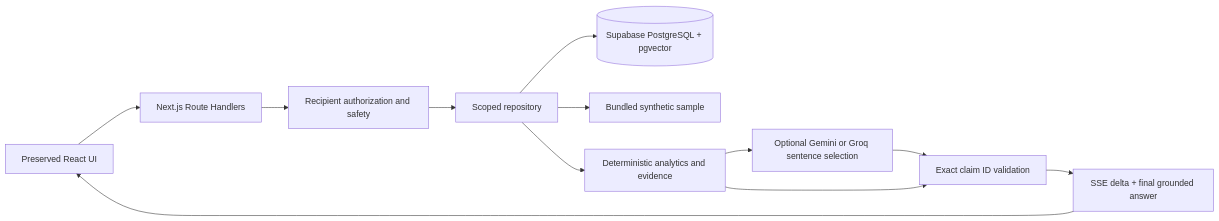
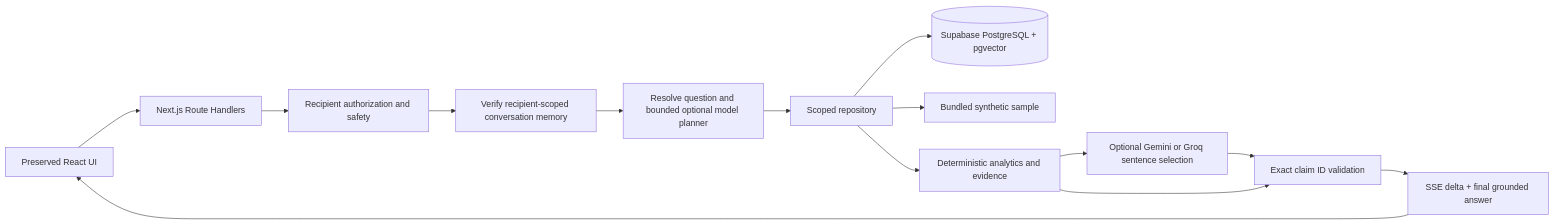
One commit to dilukshashamal/caregiver-ai changed the diagram in docs/ARCHITECTURE.md. Above: the diagram before and after it, drawn with Mermaid. The commit also changed other lines of this file and 26 other files, not shown here.

````diff
--- a/docs/ARCHITECTURE.md
+++ b/docs/ARCHITECTURE.md
@@ -3,14 +3,16 @@
 ```mermaid
 flowchart LR
   UI[Preserved React UI] --> API[Next.js Route Handlers]
   API --> Auth[Recipient authorization and safety]
-  Auth --> R[Scoped repository]
+  Auth --> M[Verify recipient-scoped conversation memory]
+  M --> P[Resolve question and bounded optional model planner]
+  P --> R[Scoped repository]
   R --> DB[(Supabase PostgreSQL + pgvector)]
   R --> Demo[Bundled synthetic sample]
   R --> A[Deterministic analytics and evidence]
   A --> G[Optional Gemini or Groq sentence selection]
   G --> V[Exact claim ID validation]
   A --> V
   V --> SSE[SSE delta + final grounded answer]
   SSE --> UI
 ```
````
